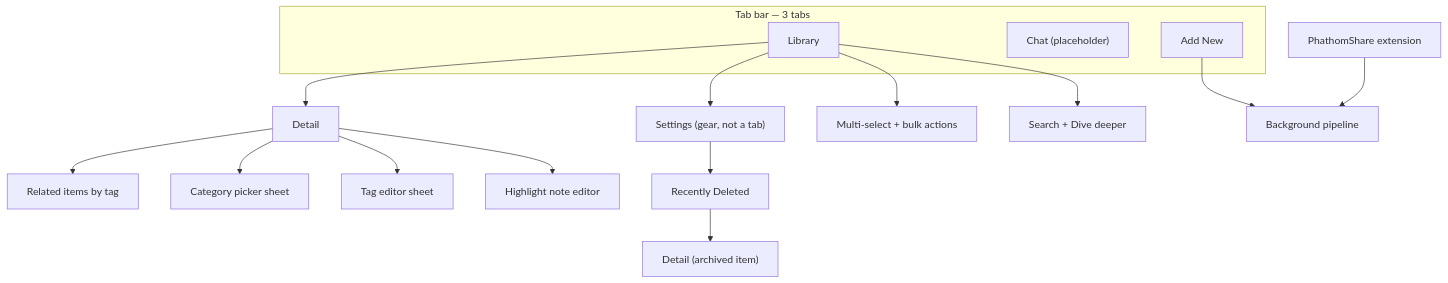
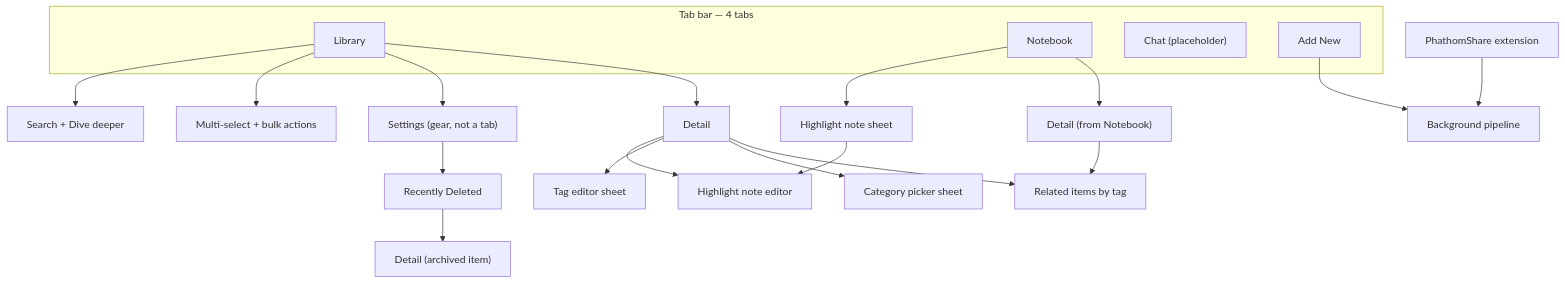
One commit to Danjohnsonnj/phathom changed the diagram in docs/handoff/ui-design-refresh.md. Above: the diagram before and after it, drawn with Mermaid. The commit also changed other lines of this file and 17 other files, not shown here.

````diff
--- a/docs/handoff/ui-design-refresh.md
+++ b/docs/handoff/ui-design-refresh.md
@@ -35,24 +35,29 @@
 ```mermaid
 flowchart TB
-    subgraph tabs [Tab bar — 3 tabs]
+    subgraph tabs [Tab bar — 4 tabs]
         Library
+        Notebook
         Chat["Chat (placeholder)"]
         AddNew["Add New"]
     end
 
     Library --> Detail
     Library --> Settings["Settings (gear, not a tab)"]
+    Notebook --> DetailFromNB["Detail (from Notebook)"]
+    Notebook --> NoteSheet["Highlight note sheet"]
     Settings --> RecentlyDeleted["Recently Deleted"]
     RecentlyDeleted --> DetailArchived["Detail (archived item)"]
 
     AddNew --> Pipeline["Background pipeline"]
     ShareExt["PhathomShare extension"] --> Pipeline
 
     Detail --> RelatedSheet["Related items by tag"]
+    DetailFromNB --> RelatedSheet
     Detail --> CategorySheet["Category picker sheet"]
     Detail --> TagEditor["Tag editor sheet"]
     Detail --> HighlightNote["Highlight note editor"]
+    NoteSheet --> HighlightNote
 
     Library --> BulkSelect["Multi-select + bulk actions"]
     Library --> Search["Search + Dive deeper"]
 ```
````
